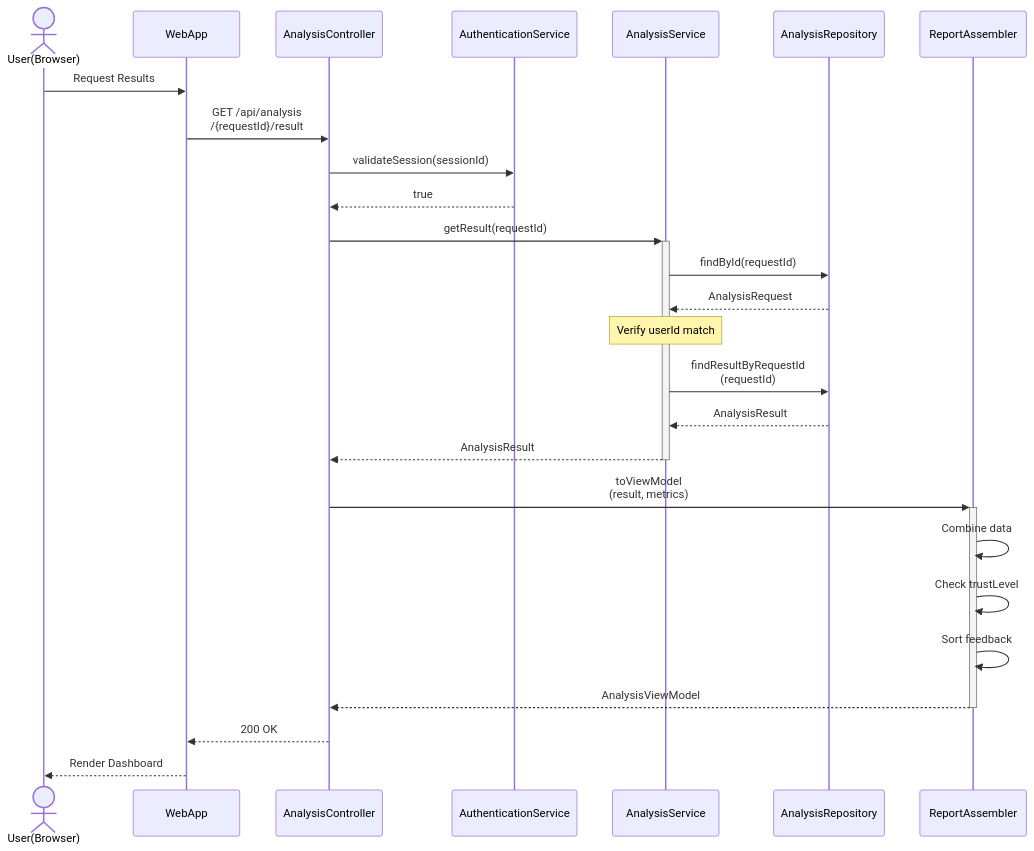
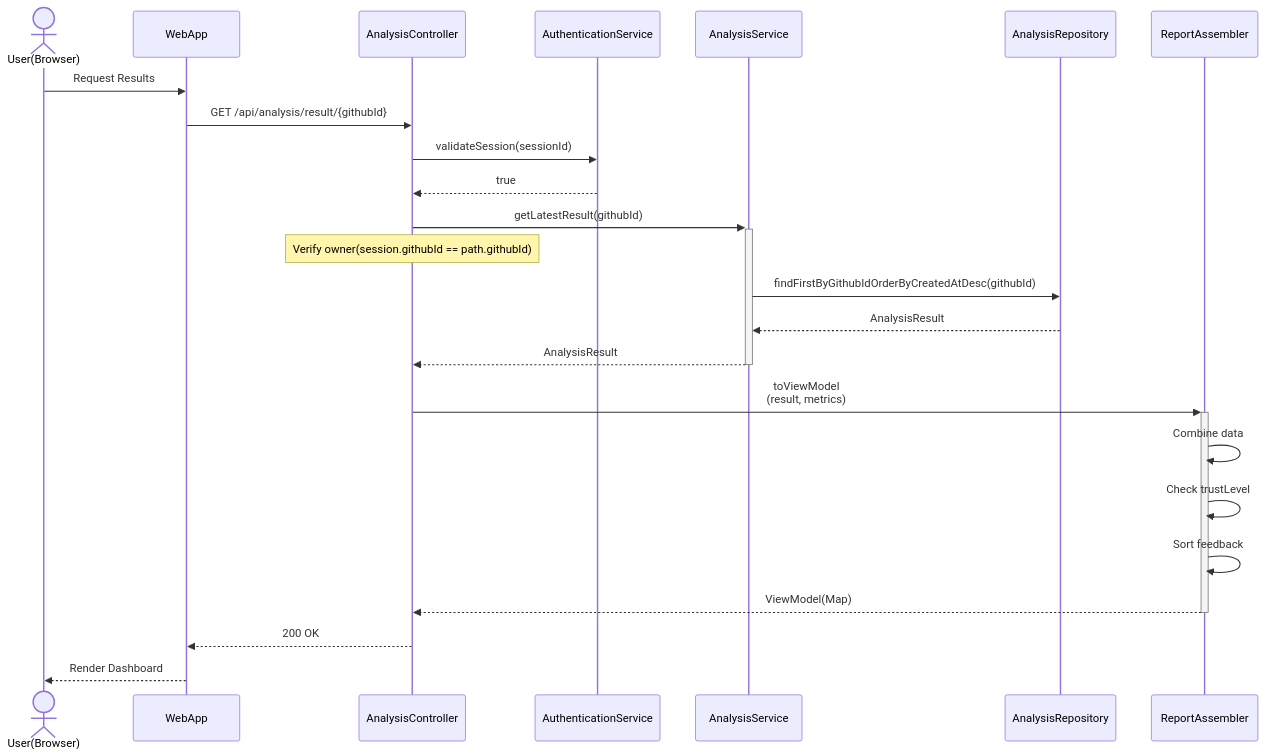
Diagram 14 of 15 in Design_[22212046_안효원].md (NotHyoone/OSS_Design), drawn with Mermaid before and after one commit. The commit also changed other lines of this file and 5 other files, not shown here.

````diff
--- a/Design_[22212046_안효원].md
+++ b/Design_[22212046_안효원].md
@@ -1738,32 +1728,30 @@
 ```mermaid
 sequenceDiagram
     actor User as User(Browser)
     participant WebApp as WebApp
     participant AnalysisCtrl as AnalysisController
     participant AuthSvc as AuthenticationService
     participant AnalysisSvc as AnalysisService
     participant Repo as AnalysisRepository
     participant Assembler as ReportAssembler
 
     User->>WebApp: Request Results
-    WebApp->>AnalysisCtrl: GET /api/analysis<br/>/{requestId}/result
+    WebApp->>AnalysisCtrl: GET /api/analysis/result/{githubId}
     AnalysisCtrl->>AuthSvc: validateSession(sessionId)
     AuthSvc-->>AnalysisCtrl: true
 
-    AnalysisCtrl->>+AnalysisSvc: getResult(requestId)
-    AnalysisSvc->>Repo: findById(requestId)
-    Repo-->>AnalysisSvc: AnalysisRequest
-    Note over AnalysisSvc: Verify userId match
-    AnalysisSvc->>Repo: findResultByRequestId<br/>(requestId)
+    AnalysisCtrl->>+AnalysisSvc: getLatestResult(githubId)
+    Note over AnalysisCtrl: Verify owner(session.githubId == path.githubId)
+    AnalysisSvc->>Repo: findFirstByGithubIdOrderByCreatedAtDesc(githubId)
     Repo-->>AnalysisSvc: AnalysisResult
     AnalysisSvc-->>-AnalysisCtrl: AnalysisResult
 
     AnalysisCtrl->>+Assembler: toViewModel<br/>(result, metrics)
     Assembler->>Assembler: Combine data
     Assembler->>Assembler: Check trustLevel
     Assembler->>Assembler: Sort feedback
-    Assembler-->>-AnalysisCtrl: AnalysisViewModel
+    Assembler-->>-AnalysisCtrl: ViewModel(Map)
 
     AnalysisCtrl-->>WebApp: 200 OK
     WebApp-->>User: Render Dashboard
 ```
````
